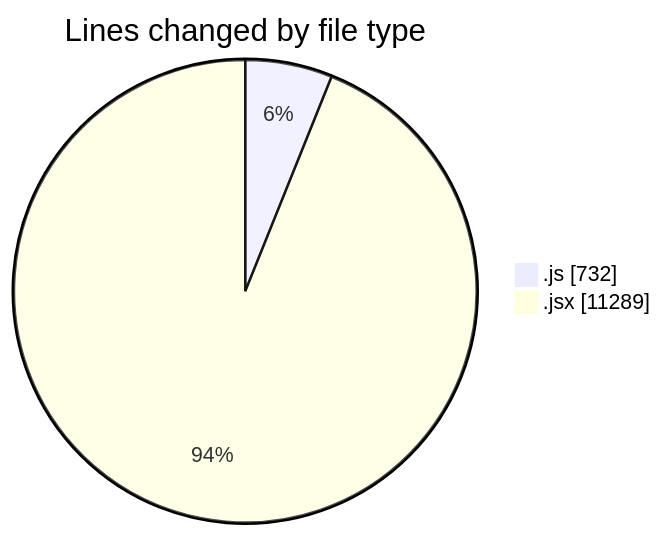
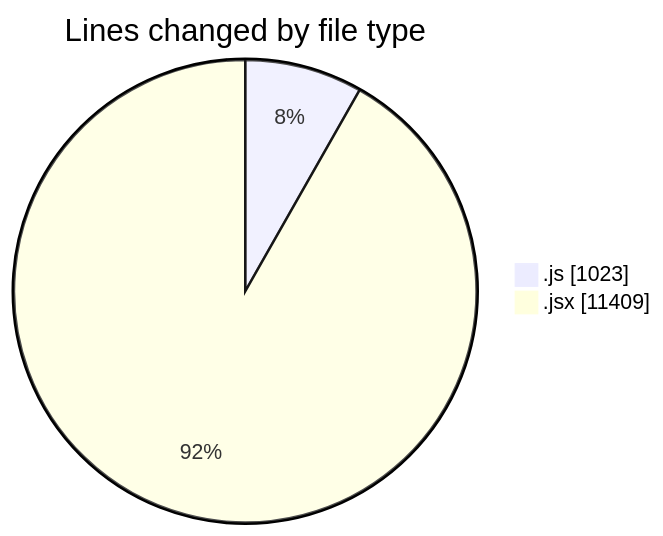
The first of 2 diagrams in 2025-07-28/nxtqube_webapp/README.md (nxtqubesakshisongat/code-tracking), drawn with Mermaid before and after one commit. The commit also changed other lines of this file and 1 other file, not shown here.

````diff
--- a/2025-07-28/nxtqube_webapp/README.md
+++ b/2025-07-28/nxtqube_webapp/README.md
@@ -47,6 +49,6 @@
 ```mermaid
 pie showData
 title Lines changed by file type
-".js" : 732
-".jsx" : 11289
+".js" : 1023
+".jsx" : 11409
 ```
````
